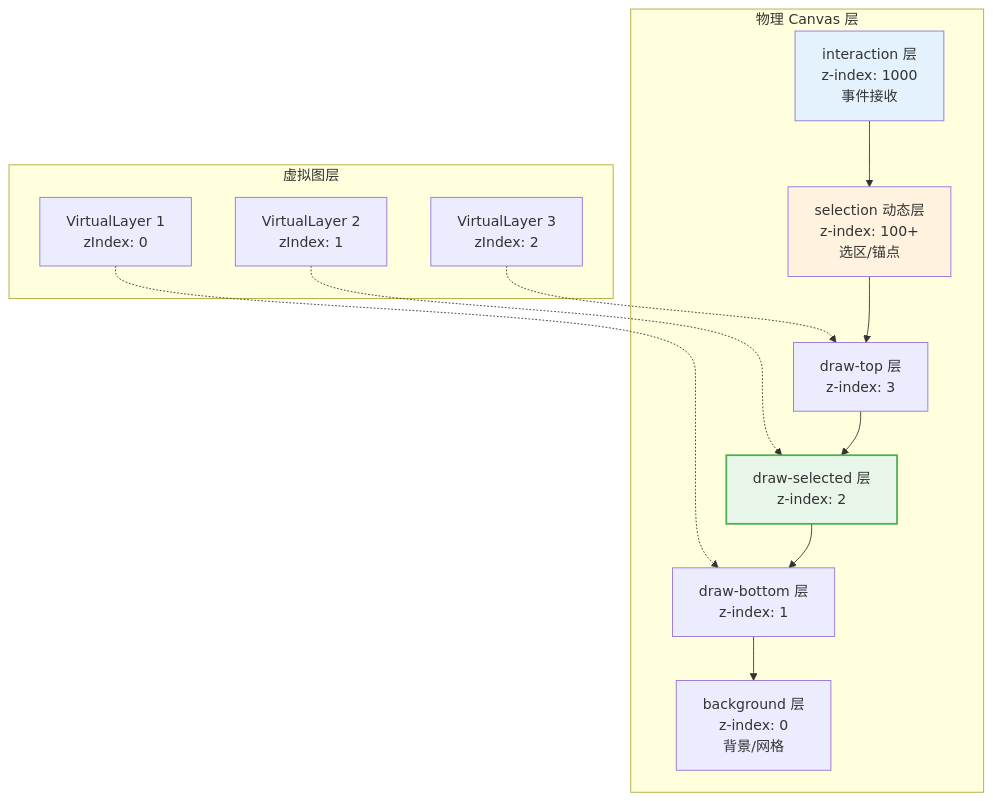
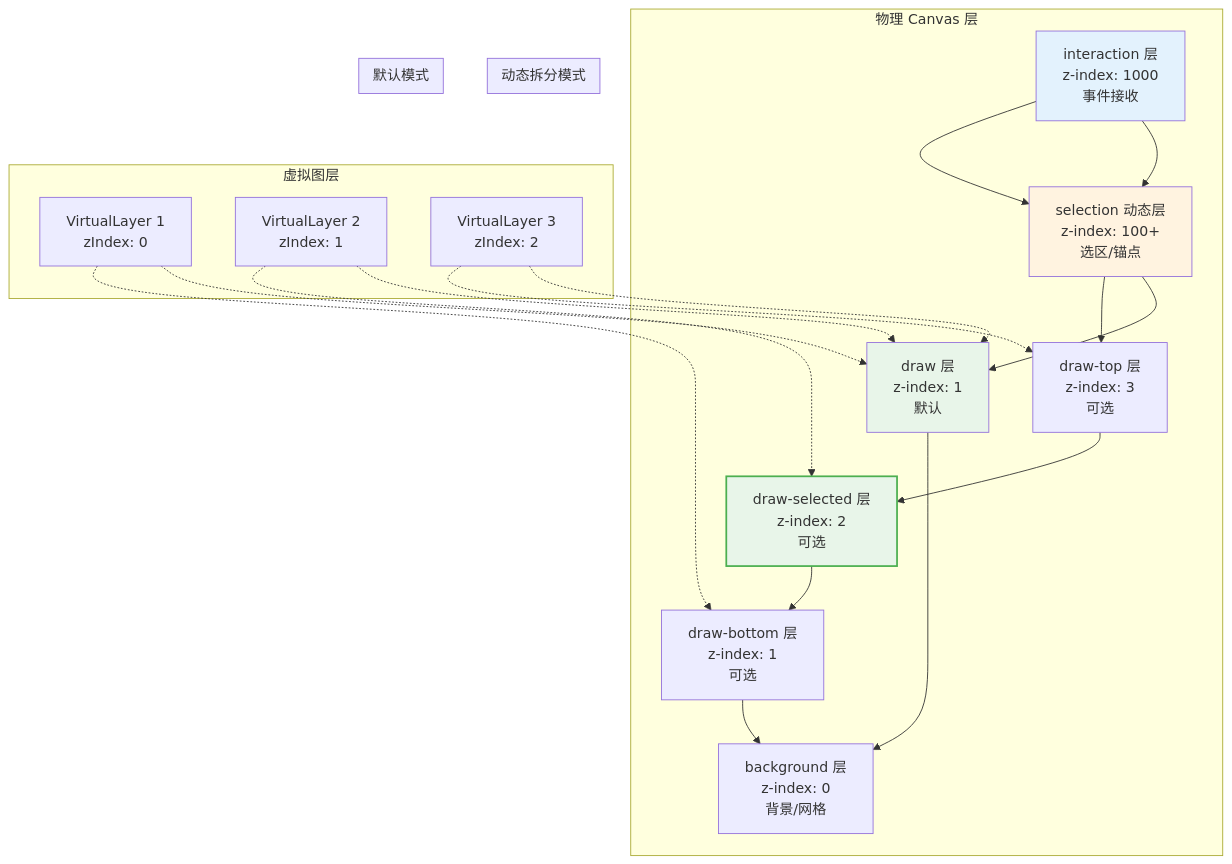
The seventh of 10 diagrams in docs/UML/DESIGN.md (wuminghaozhan/drawBoard), drawn with Mermaid before and after one commit. The commit also changed other lines of this file and 88 other files, not shown here.

````diff
--- a/docs/UML/DESIGN.md
+++ b/docs/UML/DESIGN.md
@@ -307,27 +442,36 @@
 ```mermaid
 graph TB
     subgraph "物理 Canvas 层"
         IT[interaction 层<br/>z-index: 1000<br/>事件接收]
         SL[selection 动态层<br/>z-index: 100+<br/>选区/锚点]
-        DT[draw-top 层<br/>z-index: 3]
-        DS[draw-selected 层<br/>z-index: 2]
-        DB[draw-bottom 层<br/>z-index: 1]
+        DT[draw-top 层<br/>z-index: 3<br/>可选]
+        DS[draw-selected 层<br/>z-index: 2<br/>可选]
+        DBL[draw-bottom 层<br/>z-index: 1<br/>可选]
+        DR[draw 层<br/>z-index: 1<br/>默认]
         BG[background 层<br/>z-index: 0<br/>背景/网格]
     end
     
     subgraph "虚拟图层"
         VL1[VirtualLayer 1<br/>zIndex: 0]
         VL2[VirtualLayer 2<br/>zIndex: 1]
         VL3[VirtualLayer 3<br/>zIndex: 2]
     end
     
-    VL1 -.-> DB
-    VL2 -.-> DS
-    VL3 -.-> DT
+    subgraph "动态拆分模式"
+        VL1 -.-> DBL
+        VL2 -.-> DS
+        VL3 -.-> DT
+    end
     
-    IT --> SL --> DT --> DS --> DB --> BG
+    subgraph "默认模式"
+        VL1 & VL2 & VL3 -.-> DR
+    end
+    
+    IT --> SL --> DT --> DS --> DBL --> BG
+    IT --> SL --> DR --> BG
     
     style IT fill:#e3f2fd
     style SL fill:#fff3e0
     style DS fill:#e8f5e9,stroke:#4caf50,stroke-width:2px
+    style DR fill:#e8f5e9
 ```
````
